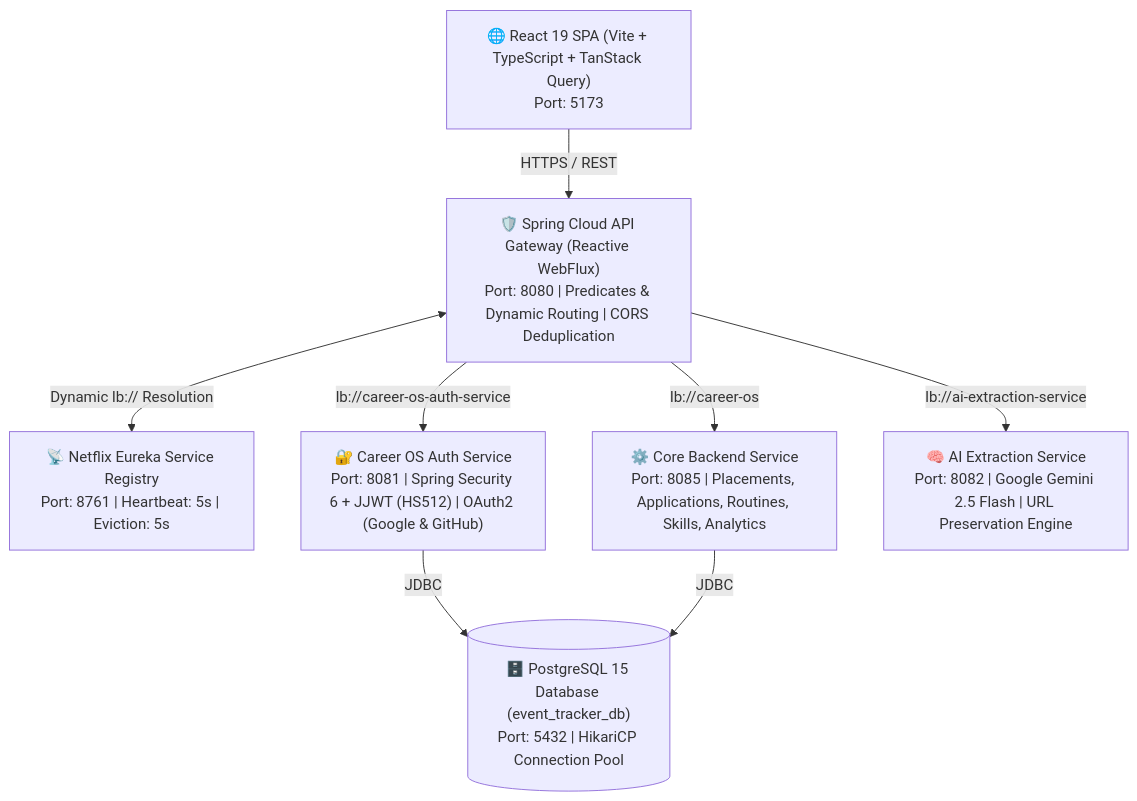
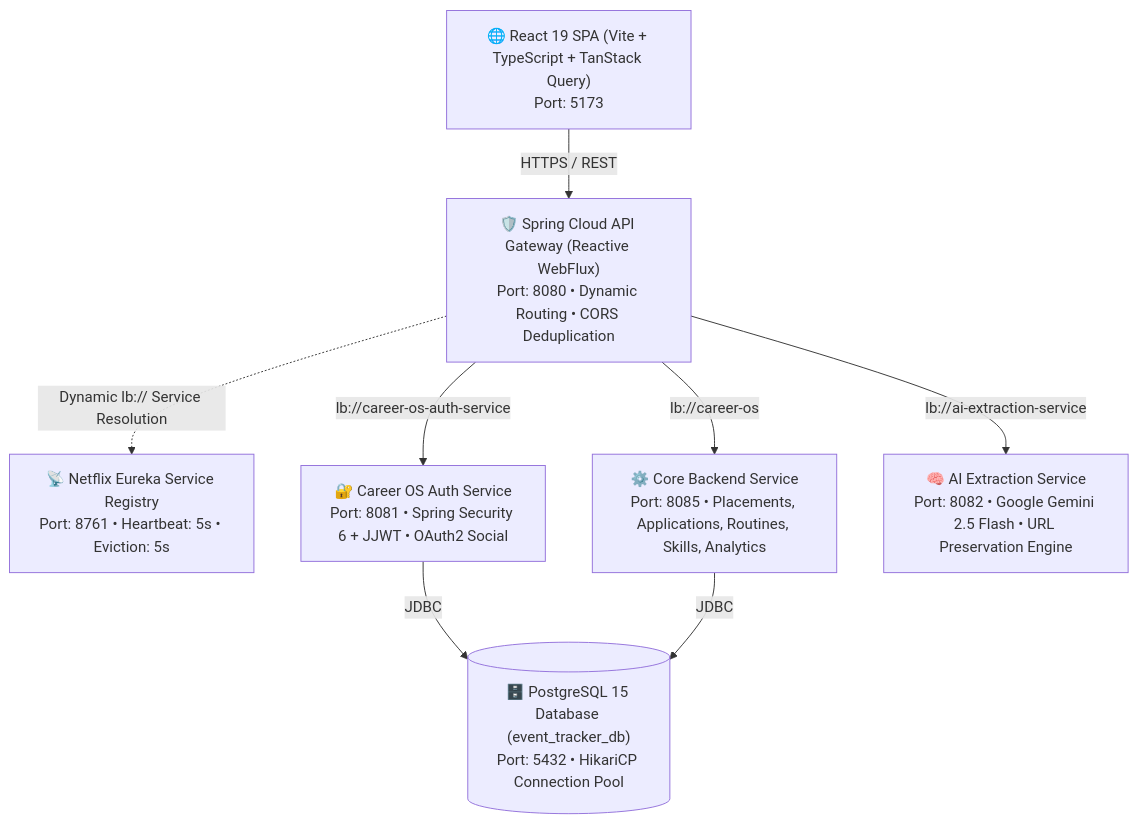
Before and after one commit to rohithgowda18/Notes: the first of 4 diagrams in 09-Projects/Career OS - Distributed Microservices Platform.md, drawn with Mermaid.

Commit message:
fix(mermaid): resolve flowchart syntax and pipe escaping for career os architecture

````diff
--- a/09-Projects/Career OS - Distributed Microservices Platform.md
+++ b/09-Projects/Career OS - Distributed Microservices Platform.md
@@ -78,24 +78,24 @@
 ```mermaid
 flowchart TD
     Web["🌐 React 19 SPA (Vite + TypeScript + TanStack Query)<br/>Port: 5173"]
 
-    Gateway["🛡️ Spring Cloud API Gateway (Reactive WebFlux)<br/>Port: 8080 | Predicates & Dynamic Routing | CORS Deduplication"]
+    Gateway["🛡️ Spring Cloud API Gateway (Reactive WebFlux)<br/>Port: 8080 &bull; Dynamic Routing &bull; CORS Deduplication"]
 
-    Eureka["📡 Netflix Eureka Service Registry<br/>Port: 8761 | Heartbeat: 5s | Eviction: 5s"]
+    Eureka["📡 Netflix Eureka Service Registry<br/>Port: 8761 &bull; Heartbeat: 5s &bull; Eviction: 5s"]
 
-    Auth["🔐 Career OS Auth Service<br/>Port: 8081 | Spring Security 6 + JJWT (HS512) | OAuth2 (Google & GitHub)"]
-    Backend["⚙️ Core Backend Service<br/>Port: 8085 | Placements, Applications, Routines, Skills, Analytics"]
-    AI["🧠 AI Extraction Service<br/>Port: 8082 | Google Gemini 2.5 Flash | URL Preservation Engine"]
+    Auth["🔐 Career OS Auth Service<br/>Port: 8081 &bull; Spring Security 6 + JJWT &bull; OAuth2 Social"]
+    Backend["⚙️ Core Backend Service<br/>Port: 8085 &bull; Placements, Applications, Routines, Skills, Analytics"]
+    AI["🧠 AI Extraction Service<br/>Port: 8082 &bull; Google Gemini 2.5 Flash &bull; URL Preservation Engine"]
 
-    DB[("🗄️ PostgreSQL 15 Database (event_tracker_db)<br/>Port: 5432 | HikariCP Connection Pool")]
+    DB[("🗄️ PostgreSQL 15 Database (event_tracker_db)<br/>Port: 5432 &bull; HikariCP Connection Pool")]
 
-    Web -->|HTTPS / REST| Gateway
-    Gateway <-->|Dynamic lb:// Resolution| Eureka
+    Web -->|"HTTPS / REST"| Gateway
+    Gateway -.->|"Dynamic lb:// Service Resolution"| Eureka
 
-    Gateway -->|lb://career-os-auth-service| Auth
-    Gateway -->|lb://career-os| Backend
-    Gateway -->|lb://ai-extraction-service| AI
+    Gateway -->|"lb://career-os-auth-service"| Auth
+    Gateway -->|"lb://career-os"| Backend
+    Gateway -->|"lb://ai-extraction-service"| AI
 
-    Auth -->|JDBC| DB
-    Backend -->|JDBC| DB
+    Auth -->|"JDBC"| DB
+    Backend -->|"JDBC"| DB
 ```
````
